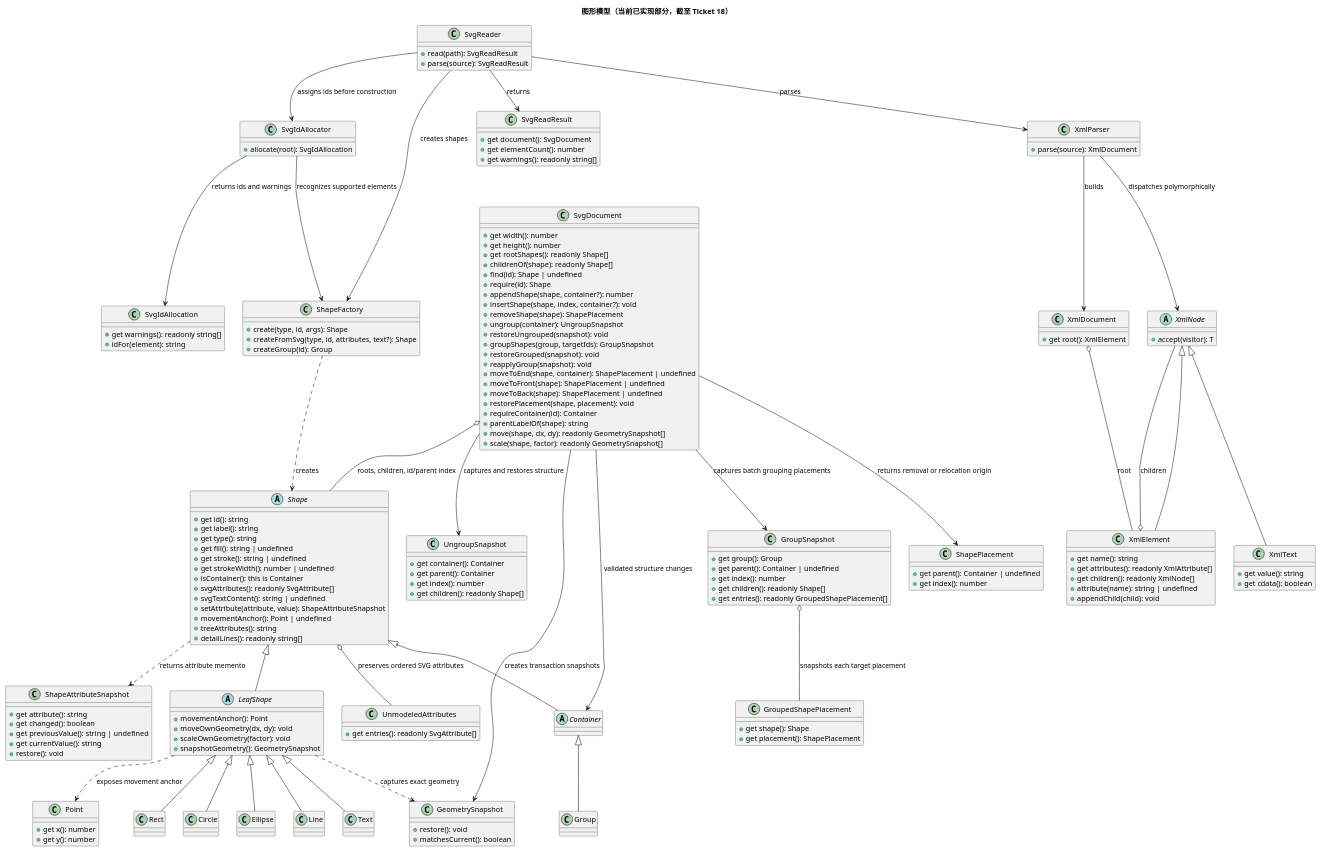
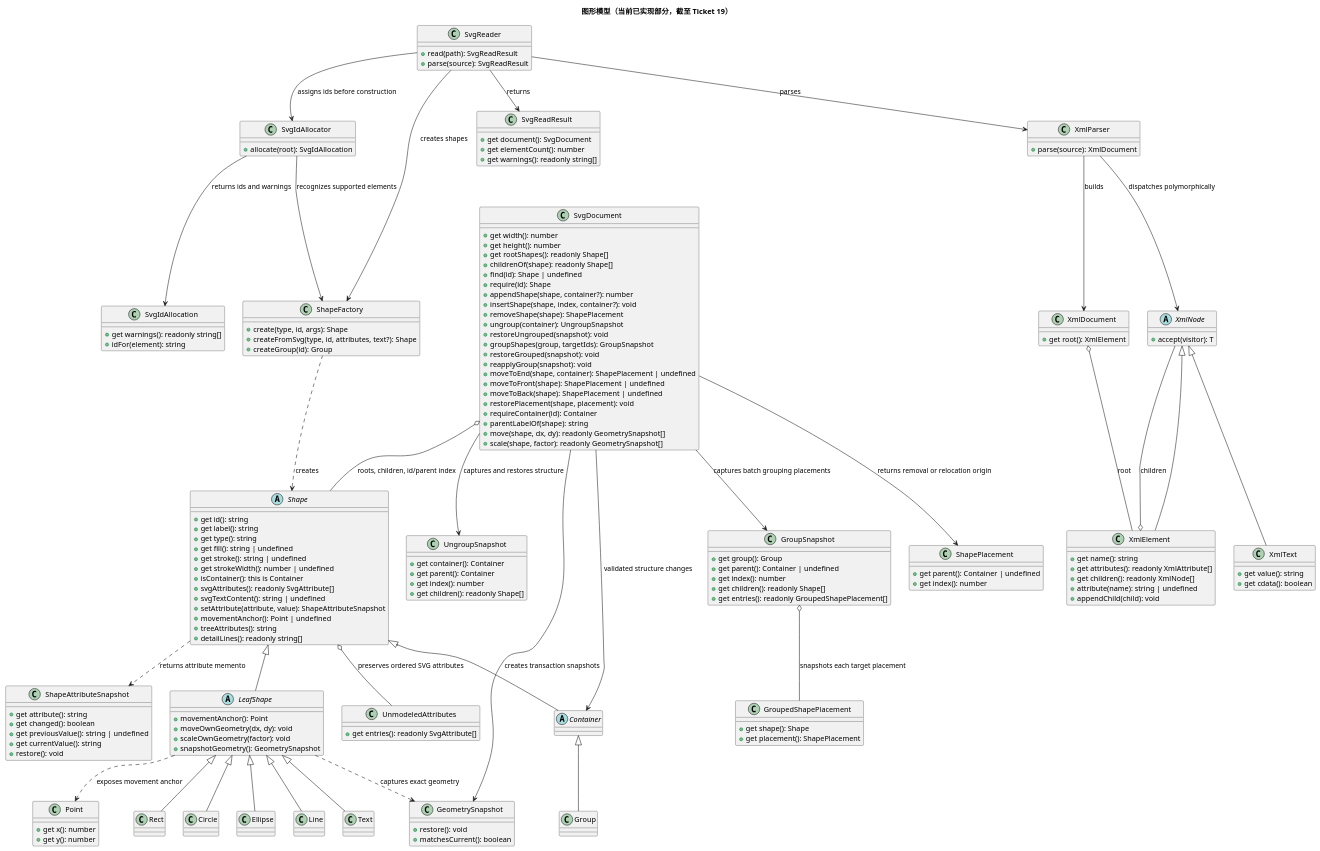
One commit to NQC233/svg-editor-lab1 changed the first of 2 diagrams in doc/class-model.puml. Above: the diagram before and after it, drawn with PlantUML. The commit also changed other lines of this file and 5 other files, not shown here.

Commit message:
docs: align ticket 19 architecture status

```diff
--- a/doc/class-model.puml
+++ b/doc/class-model.puml
@@ -1,190 +1,190 @@
 @startuml
-title 图形模型（当前已实现部分，截至 Ticket 18）
+title 图形模型（当前已实现部分，截至 Ticket 19）
 
 abstract class Shape {
   +get id(): string
   +get label(): string
   +get type(): string
   +get fill(): string | undefined
   +get stroke(): string | undefined
   +get strokeWidth(): number | undefined
   +isContainer(): this is Container
   +svgAttributes(): readonly SvgAttribute[]
   +svgTextContent(): string | undefined
   +setAttribute(attribute, value): ShapeAttributeSnapshot
   +movementAnchor(): Point | undefined
   +treeAttributes(): string
   +detailLines(): readonly string[]
 }
 
 abstract class LeafShape {
   +movementAnchor(): Point
   +moveOwnGeometry(dx, dy): void
   +scaleOwnGeometry(factor): void
   +snapshotGeometry(): GeometrySnapshot
 }
 
 abstract class Container
 
 class Group
 class Rect
 class Circle
 class Ellipse
 class Line
 class Text
 class UnmodeledAttributes {
   +get entries(): readonly SvgAttribute[]
 }
 class GeometrySnapshot {
   +restore(): void
   +matchesCurrent(): boolean
 }
 
 class ShapeAttributeSnapshot {
   +get attribute(): string
   +get changed(): boolean
   +get previousValue(): string | undefined
   +get currentValue(): string
   +restore(): void
 }
 
 class Point {
   +get x(): number
   +get y(): number
 }
 
 class ShapePlacement {
   +get parent(): Container | undefined
   +get index(): number
 }
 
 class UngroupSnapshot {
   +get container(): Container
   +get parent(): Container
   +get index(): number
   +get children(): readonly Shape[]
 }
 
 class GroupSnapshot {
   +get group(): Group
   +get parent(): Container | undefined
   +get index(): number
   +get children(): readonly Shape[]
   +get entries(): readonly GroupedShapePlacement[]
 }
 
 class GroupedShapePlacement {
   +get shape(): Shape
   +get placement(): ShapePlacement
 }
 
 class SvgDocument {
   +get width(): number
   +get height(): number
   +get rootShapes(): readonly Shape[]
   +childrenOf(shape): readonly Shape[]
   +find(id): Shape | undefined
   +require(id): Shape
   +appendShape(shape, container?): number
   +insertShape(shape, index, container?): void
   +removeShape(shape): ShapePlacement
   +ungroup(container): UngroupSnapshot
   +restoreUngrouped(snapshot): void
   +groupShapes(group, targetIds): GroupSnapshot
   +restoreGrouped(snapshot): void
   +reapplyGroup(snapshot): void
   +moveToEnd(shape, container): ShapePlacement | undefined
   +moveToFront(shape): ShapePlacement | undefined
   +moveToBack(shape): ShapePlacement | undefined
   +restorePlacement(shape, placement): void
   +requireContainer(id): Container
   +parentLabelOf(shape): string
   +move(shape, dx, dy): readonly GeometrySnapshot[]
   +scale(shape, factor): readonly GeometrySnapshot[]
 }
 
 class ShapeFactory {
   +create(type, id, args): Shape
   +createFromSvg(type, id, attributes, text?): Shape
   +createGroup(id): Group
 }
 
 abstract class XmlNode {
   +accept(visitor): T
 }
 
 class XmlElement {
   +get name(): string
   +get attributes(): readonly XmlAttribute[]
   +get children(): readonly XmlNode[]
   +attribute(name): string | undefined
   +appendChild(child): void
 }
 
 class XmlText {
   +get value(): string
   +get cdata(): boolean
 }
 
 class XmlDocument {
   +get root(): XmlElement
 }
 
 class XmlParser {
   +parse(source): XmlDocument
 }
 
 class SvgReader {
   +read(path): SvgReadResult
   +parse(source): SvgReadResult
 }
 
 class SvgReadResult {
   +get document(): SvgDocument
   +get elementCount(): number
   +get warnings(): readonly string[]
 }
 
 class SvgIdAllocator {
   +allocate(root): SvgIdAllocation
 }
 
 class SvgIdAllocation {
   +get warnings(): readonly string[]
   +idFor(element): string
 }
 
 
 Shape <|-- LeafShape
 Shape <|-- Container
 Container <|-- Group
 LeafShape <|-- Rect
 LeafShape <|-- Circle
 LeafShape <|-- Ellipse
 LeafShape <|-- Line
 LeafShape <|-- Text
 SvgDocument o-- Shape : roots, children, id/parent index
 SvgDocument --> Container : validated structure changes
 SvgDocument --> GeometrySnapshot : creates transaction snapshots
 SvgDocument --> ShapePlacement : returns removal or relocation origin
 SvgDocument --> UngroupSnapshot : captures and restores structure
 SvgDocument --> GroupSnapshot : captures batch grouping placements
 GroupSnapshot o-- GroupedShapePlacement : snapshots each target placement
 LeafShape ..> GeometrySnapshot : captures exact geometry
 LeafShape ..> Point : exposes movement anchor
 ShapeFactory ..> Shape : creates
 Shape ..> ShapeAttributeSnapshot : returns attribute memento
 Shape o-- UnmodeledAttributes : preserves ordered SVG attributes
 XmlNode <|-- XmlElement
 XmlNode <|-- XmlText
 XmlElement o-- XmlNode : children
 XmlDocument o-- XmlElement : root
 XmlParser --> XmlDocument : builds
 XmlParser --> XmlNode : dispatches polymorphically
 SvgReader --> XmlParser : parses
 SvgReader --> ShapeFactory : creates shapes
 SvgReader --> SvgIdAllocator : assigns ids before construction
 SvgReader --> SvgReadResult : returns
 SvgIdAllocator --> SvgIdAllocation : returns ids and warnings
 SvgIdAllocator --> ShapeFactory : recognizes supported elements
 @enduml
```
